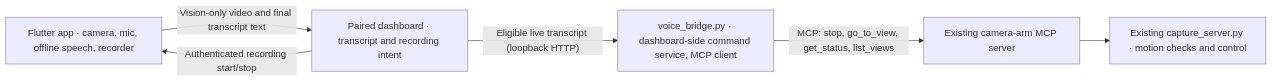
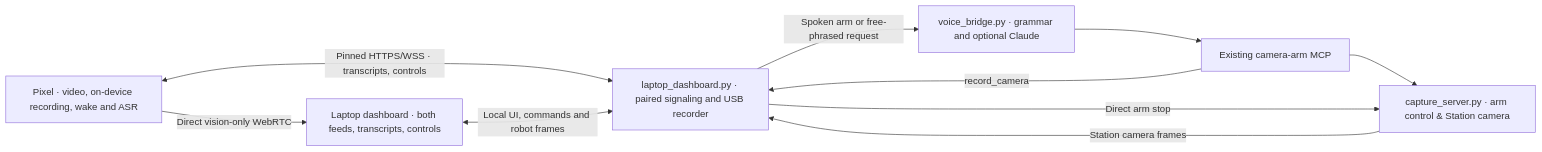
Before and after one commit to fredch16/hacklab_solution: the first of 5 diagrams in docs/ARCHITECTURE.md, drawn with Mermaid. The commit also changed other lines of this file and 25 other files, not shown here.

Commit message:
Host HackLab dashboard on the laptop with independent camera recorders

````diff
--- a/docs/ARCHITECTURE.md
+++ b/docs/ARCHITECTURE.md
@@ -7,13 +7,18 @@
 ```mermaid
 flowchart LR
-    Phone["Flutter app · camera, mic, offline speech, recorder"]
-    Browser["Paired dashboard · transcript and recording intent"]
-    Client["voice_bridge.py · dashboard-side command service, MCP client"]
-    MCP["Existing camera-arm MCP server"]
-    Arm["Existing capture_server.py · motion checks and control"]
-    Phone -- "Vision-only video and final transcript text" --> Browser
-    Browser -- "Authenticated recording start/stop" --> Phone
-    Browser -- "Eligible live transcript (loopback HTTP)" --> Client
-    Client -- "MCP: stop, go_to_view, get_status, list_views" --> MCP
+    Phone["Pixel · video, on-device recording, wake and ASR"]
+    Browser["Laptop dashboard · both feeds, transcripts, controls"]
+    Host["laptop_dashboard.py · paired signaling and USB recorder"]
+    Bridge["voice_bridge.py · grammar and optional Claude"]
+    MCP["Existing camera-arm MCP"]
+    Arm["capture_server.py · arm control & Station camera"]
+    Phone -- "Direct vision-only WebRTC" --> Browser
+    Phone <-- "Pinned HTTPS/WSS · transcripts, controls" --> Host
+    Browser <-- "Local UI, commands and robot frames" --> Host
+    Host -- "Spoken arm or free-phrased request" --> Bridge
+    Bridge --> MCP
     MCP --> Arm
+    MCP -- "record_camera" --> Host
+    Arm -- "Station camera frames" --> Host
+    Host -- "Direct arm stop" --> Arm
 ```
````
